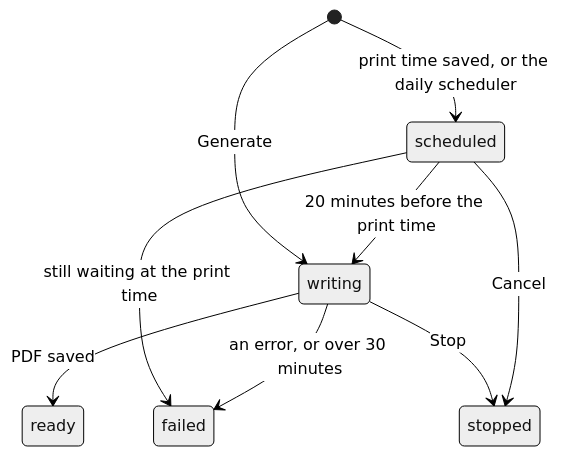
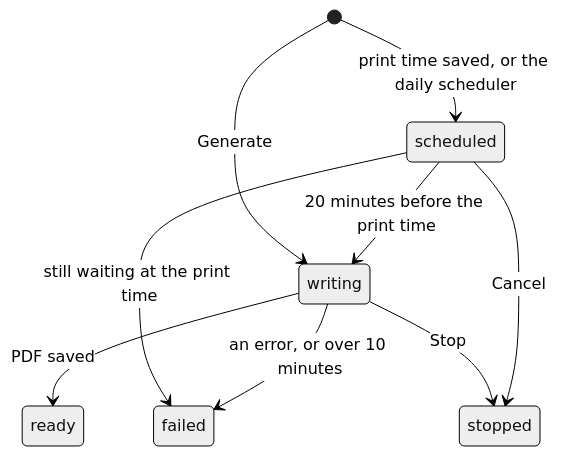
The third of 3 diagrams in docs/ARCHITECTURE.md (chieri518/daily-print), drawn with Mermaid (neutral theme) before and after one commit. The commit also changed other lines of this file and 18 other files, not shown here.

````diff
--- a/docs/ARCHITECTURE.md
+++ b/docs/ARCHITECTURE.md
@@ -79,11 +80,11 @@
 ```mermaid
 stateDiagram-v2
   [*] --> scheduled: print time saved, or the daily scheduler
   scheduled --> writing: 20 minutes before the print time
   [*] --> writing: Generate
   writing --> ready: PDF saved
-  writing --> failed: an error, or over 30 minutes
+  writing --> failed: an error, or over 10 minutes
   scheduled --> failed: still waiting at the print time
   scheduled --> stopped: Cancel
   writing --> stopped: Stop
 ```
````
